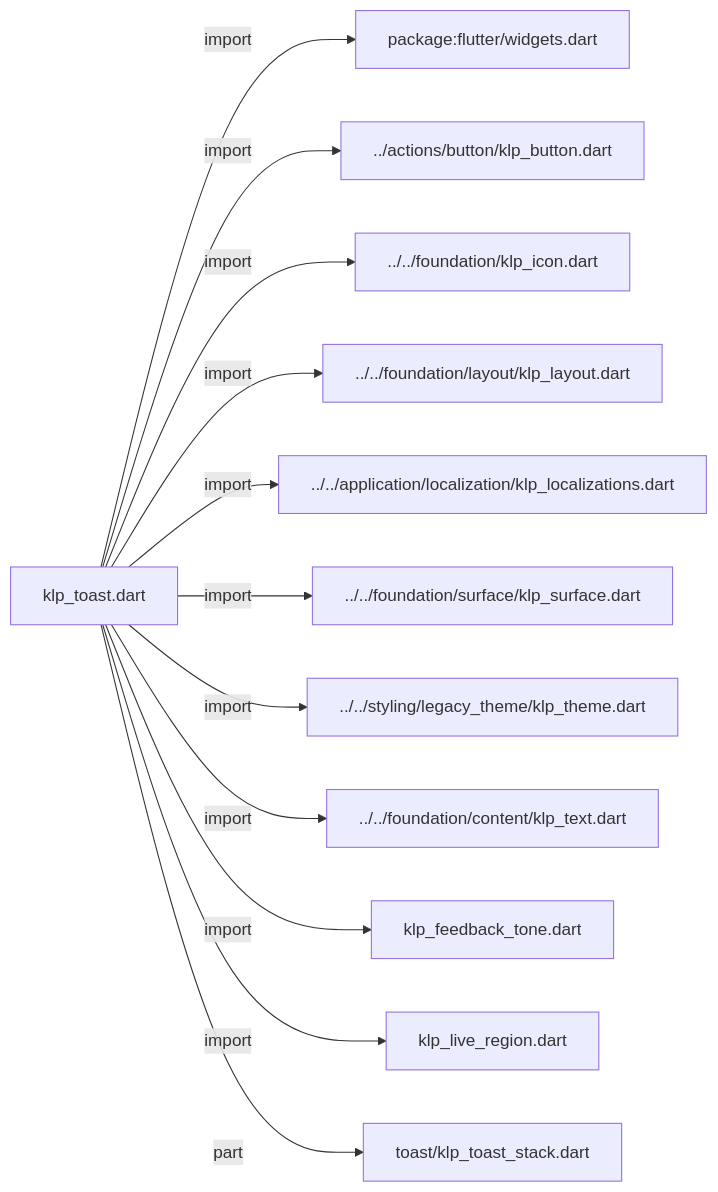
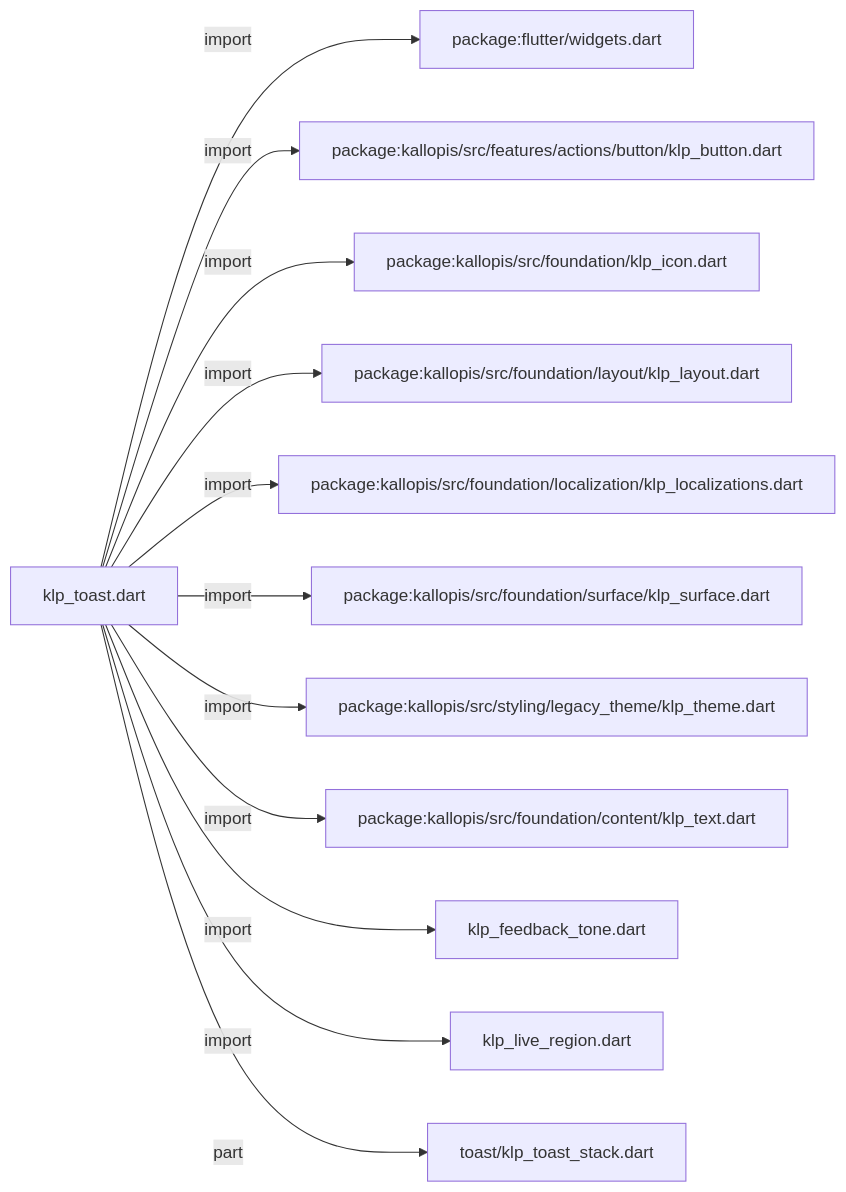
The first of 2 diagrams in docs/architecture/src/features/feedback/klp_toast.md (MiuDog/Kallopis), drawn with Mermaid before and after one commit. The commit also changed other lines of this file and 9688 other files, not shown here.

Commit message:
Prepare isolated Flow F2 peer baseline

````diff
--- a/docs/architecture/src/features/feedback/klp_toast.md
+++ b/docs/architecture/src/features/feedback/klp_toast.md
@@ -11,26 +11,26 @@
 ```mermaid
 flowchart LR
 	n0["klp_toast.dart"]
 	n1["package:flutter/widgets.dart"]
-	n2["../actions/button/klp_button.dart"]
-	n3["../../foundation/klp_icon.dart"]
-	n4["../../foundation/layout/klp_layout.dart"]
-	n5["../../application/localization/klp_localizations.dart"]
-	n6["../../foundation/surface/klp_surface.dart"]
-	n7["../../styling/legacy_theme/klp_theme.dart"]
-	n8["../../foundation/content/klp_text.dart"]
+	n2["package:kallopis/src/features/actions/button/klp_button.dart"]
+	n3["package:kallopis/src/foundation/klp_icon.dart"]
+	n4["package:kallopis/src/foundation/layout/klp_layout.dart"]
+	n5["package:kallopis/src/foundation/localization/klp_localizations.dart"]
+	n6["package:kallopis/src/foundation/surface/klp_surface.dart"]
+	n7["package:kallopis/src/styling/legacy_theme/klp_theme.dart"]
+	n8["package:kallopis/src/foundation/content/klp_text.dart"]
 	n9["klp_feedback_tone.dart"]
 	n10["klp_live_region.dart"]
 	n11["toast/klp_toast_stack.dart"]
 	n0 -->|"import"| n1
 	n0 -->|"import"| n2
 	n0 -->|"import"| n3
 	n0 -->|"import"| n4
 	n0 -->|"import"| n5
 	n0 -->|"import"| n6
 	n0 -->|"import"| n7
 	n0 -->|"import"| n8
 	n0 -->|"import"| n9
 	n0 -->|"import"| n10
 	n0 -->|"part"| n11
 ```
````
